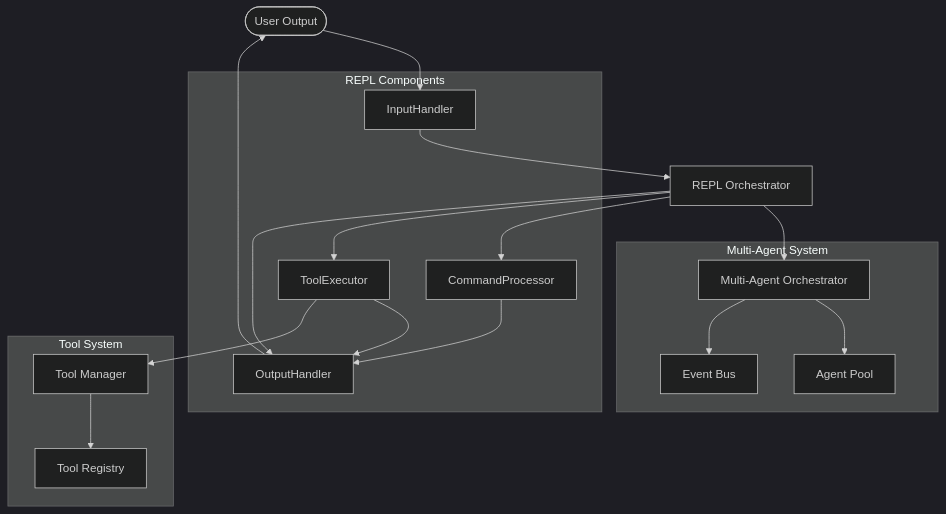
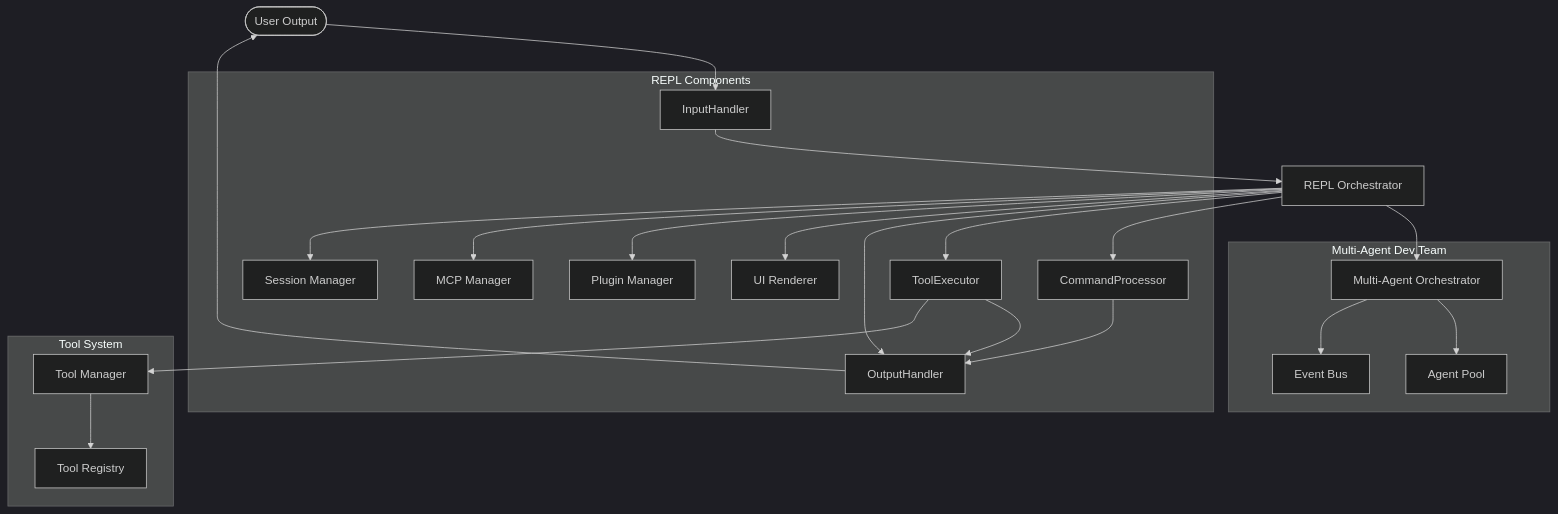
One commit to mlg151/henchman-ai changed the diagram in docs/architecture.md. Above: the diagram before and after it, drawn with Mermaid (dark theme). The commit also changed other lines of this file and 670 other files, not shown here.

````diff
--- a/docs/architecture.md
+++ b/docs/architecture.md
@@ -11,36 +11,45 @@
 ```mermaid
 graph TB
     User([User Input]) --> InputHandler
     InputHandler --> REPL[REPL Orchestrator]
     REPL --> CommandProcessor
     REPL --> ToolExecutor
     REPL --> OutputHandler
+    REPL --> UIRenderer[UI Renderer]
+    REPL --> PluginManager[Plugin Manager]
+    REPL --> McpManager[MCP Manager]
+    REPL --> SessionManager[Session Manager]
+    REPL --> Orchestrator[Multi-Agent Orchestrator]
+    
     CommandProcessor --> OutputHandler
     ToolExecutor --> OutputHandler
     OutputHandler --> User([User Output])
     
-    REPL --> Orchestrator[Multi-Agent Orchestrator]
     Orchestrator --> AgentPool[Agent Pool]
     Orchestrator --> EventBus[Event Bus]
     
     ToolExecutor --> ToolManager[Tool Manager]
     ToolManager --> ToolRegistry[Tool Registry]
     
     subgraph "REPL Components"
         InputHandler
         OutputHandler
         CommandProcessor
         ToolExecutor
+        UIRenderer
+        PluginManager
+        McpManager
+        SessionManager
     end
     
-    subgraph "Multi-Agent System"
+    subgraph "Multi-Agent Dev Team"
         Orchestrator
         AgentPool
         EventBus
     end
     
     subgraph "Tool System"
         ToolManager
         ToolRegistry
     end
 ```
````
